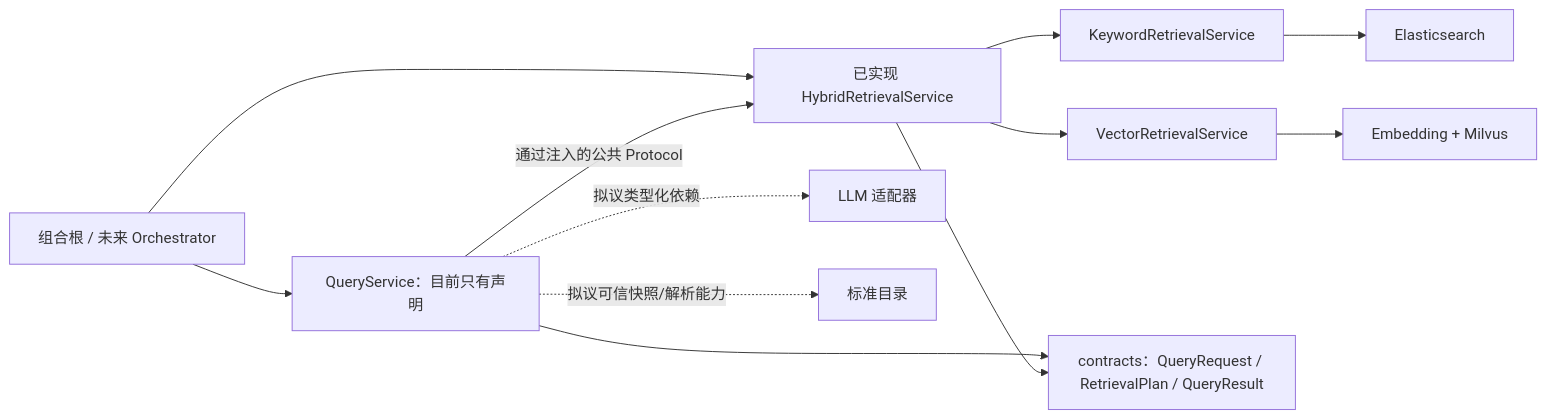
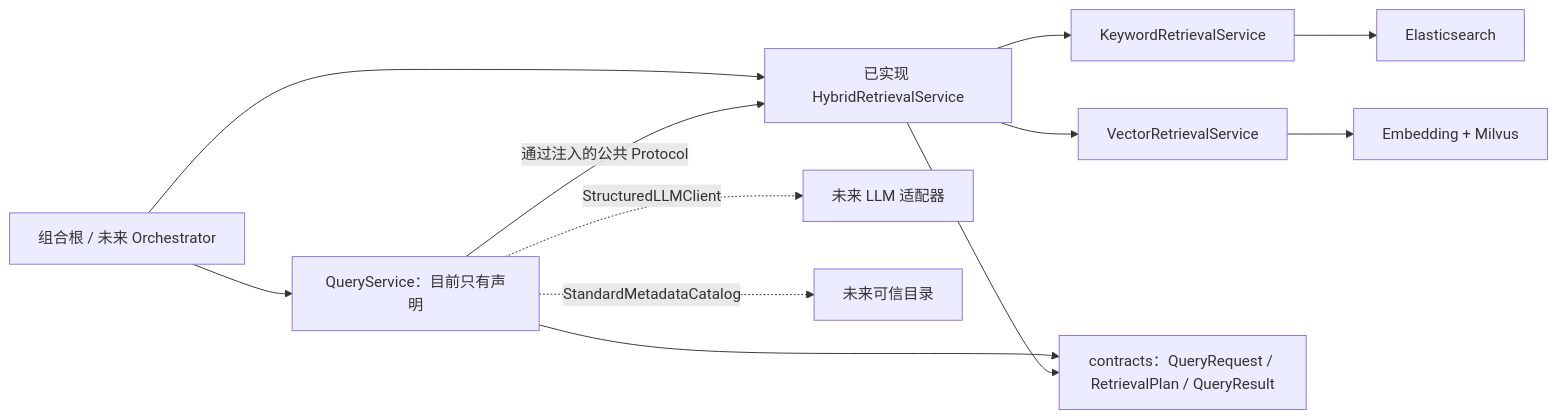
One commit to Underscoreee/engineering-rag-modular changed the first of 2 diagrams in docs/query-task6-dataflow-design.md. Above: the diagram before and after it, drawn with Mermaid. The commit also changed other lines of this file and 37 other files, not shown here.

````diff
--- a/docs/query-task6-dataflow-design.md
+++ b/docs/query-task6-dataflow-design.md
@@ -12,14 +14,14 @@
 ```mermaid
 flowchart LR
     O[组合根 / 未来 Orchestrator] --> Q[QueryService：目前只有声明]
     O --> H[已实现 HybridRetrievalService]
     Q -->|通过注入的公共 Protocol| H
-    Q -.->|拟议类型化依赖| L[LLM 适配器]
-    Q -.->|拟议可信快照/解析能力| C[标准目录]
+    Q -.->|StructuredLLMClient| L[未来 LLM 适配器]
+    Q -.->|StandardMetadataCatalog| C[未来可信目录]
     H --> K[KeywordRetrievalService]
     H --> V[VectorRetrievalService]
     K --> ES[Elasticsearch]
     V --> M[Embedding + Milvus]
     Q --> DTO[contracts：QueryRequest / RetrievalPlan / QueryResult]
     H --> DTO
 ```
````
